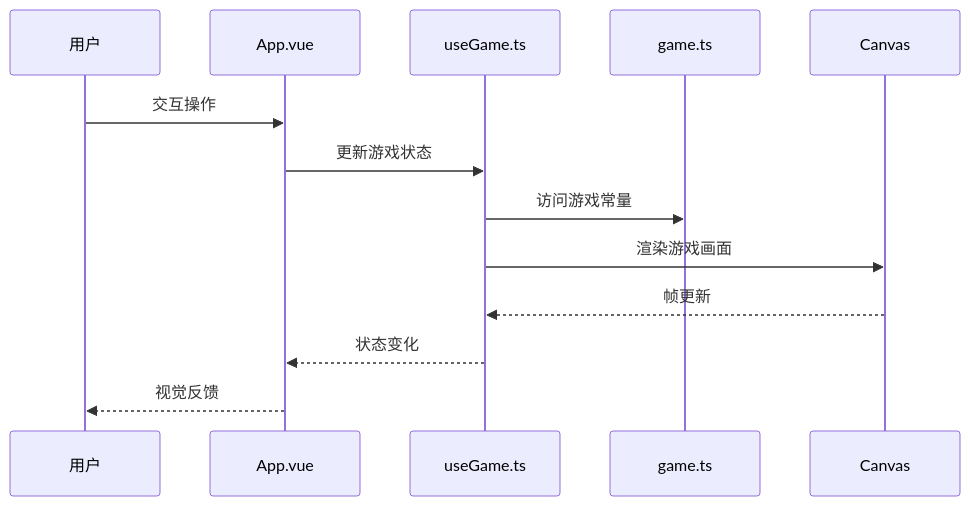
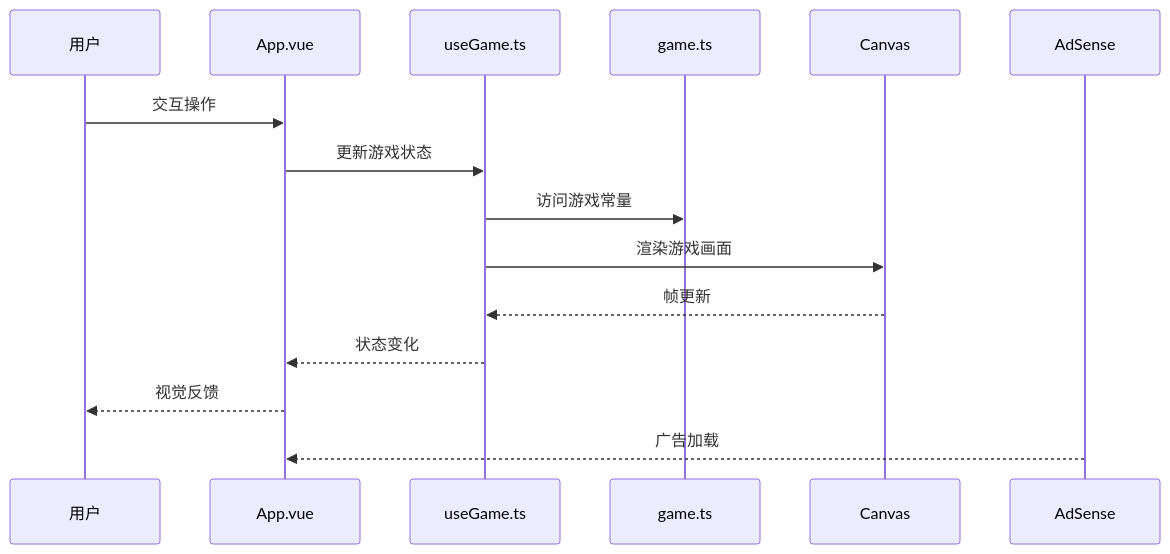
One commit to mrancc/reimagined-journey changed the fifth of 21 diagrams in .qoder/repowiki/zh/content/部署指南.md. Above: the diagram before and after it, drawn with Mermaid. The commit also changed other lines of this file and 3 other files, not shown here.

````diff
--- a/.qoder/repowiki/zh/content/部署指南.md
+++ b/.qoder/repowiki/zh/content/部署指南.md
@@ -174,15 +196,17 @@
 ```mermaid
 sequenceDiagram
 participant U as 用户
 participant A as App.vue
 participant G as useGame.ts
 participant T as game.ts
 participant C as Canvas
+participant Ads as AdSense
 U->>A : 交互操作
 A->>G : 更新游戏状态
 G->>T : 访问游戏常量
 G->>C : 渲染游戏画面
 C-->>G : 帧更新
 G-->>A : 状态变化
 A-->>U : 视觉反馈
+Ads-->>A : 广告加载
 ```
````
